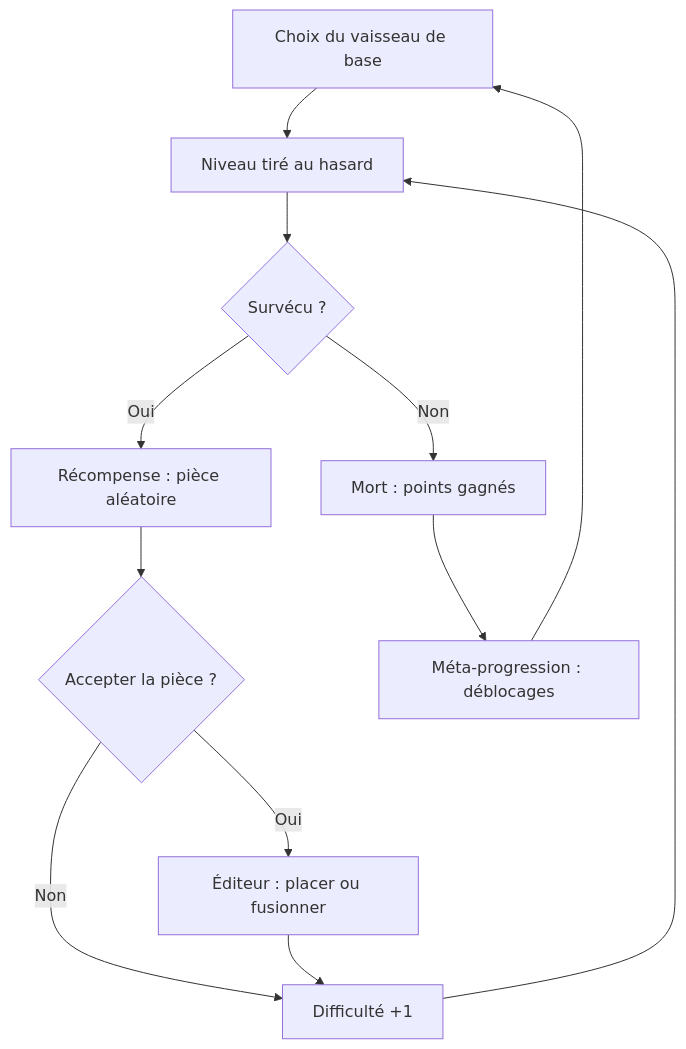
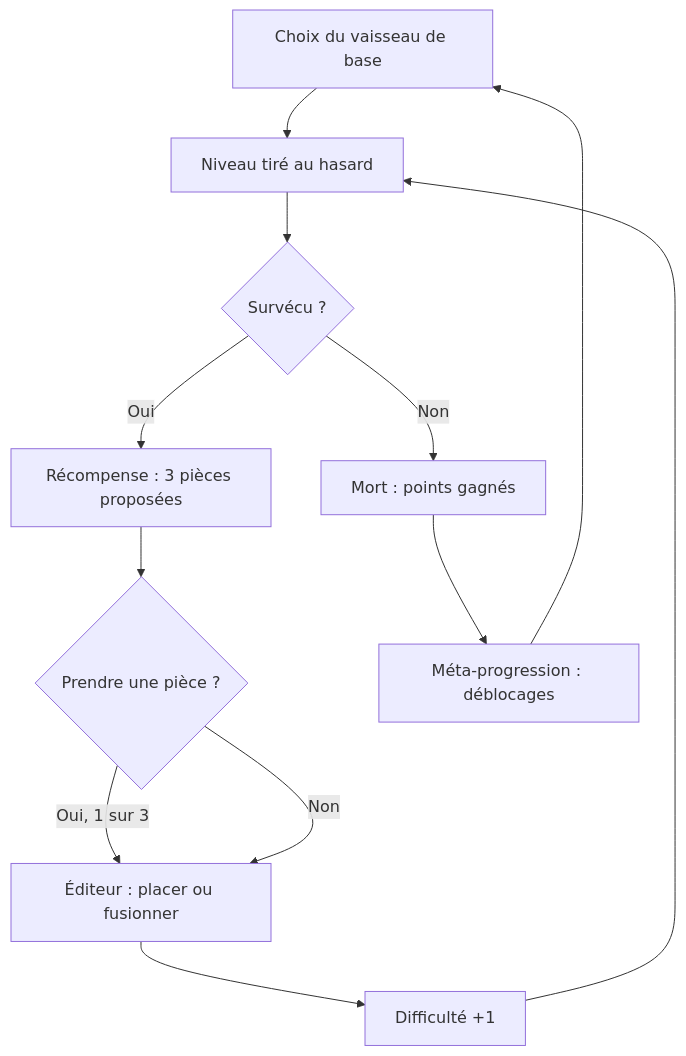
One commit to Bisiaux-dev/public-vault changed the first of 3 diagrams in content/2D-Game/ideas/pierre/Bullet hell roguelike.md. Above: the diagram before and after it, drawn with Mermaid. The commit also changed other lines of this file and 10 other files, not shown here.

First line of the commit message:
Nettoyage du vault 2D Game + correctif rendu Mermaid

````diff
--- a/content/2D-Game/ideas/pierre/Bullet hell roguelike.md
+++ b/content/2D-Game/ideas/pierre/Bullet hell roguelike.md
@@ -24,14 +27,14 @@
 ```mermaid
 flowchart TD
     A[Choix du vaisseau de base] --> B[Niveau tiré au hasard]
     B --> C{Survécu ?}
     C -- Non --> M[Mort : points gagnés]
-    C -- Oui --> D[Récompense : pièce aléatoire]
-    D --> E{Accepter la pièce ?}
-    E -- Oui --> F[Éditeur : placer ou fusionner]
-    E -- Non --> G[Difficulté +1]
-    F --> G
+    C -- Oui --> D[Récompense : 3 pièces proposées]
+    D --> E{Prendre une pièce ?}
+    E -- Oui, 1 sur 3 --> F[Éditeur : placer ou fusionner]
+    E -- Non --> F
+    F --> G[Difficulté +1]
     G --> B
     M --> H[Méta-progression : déblocages]
     H --> A
 ```
````
